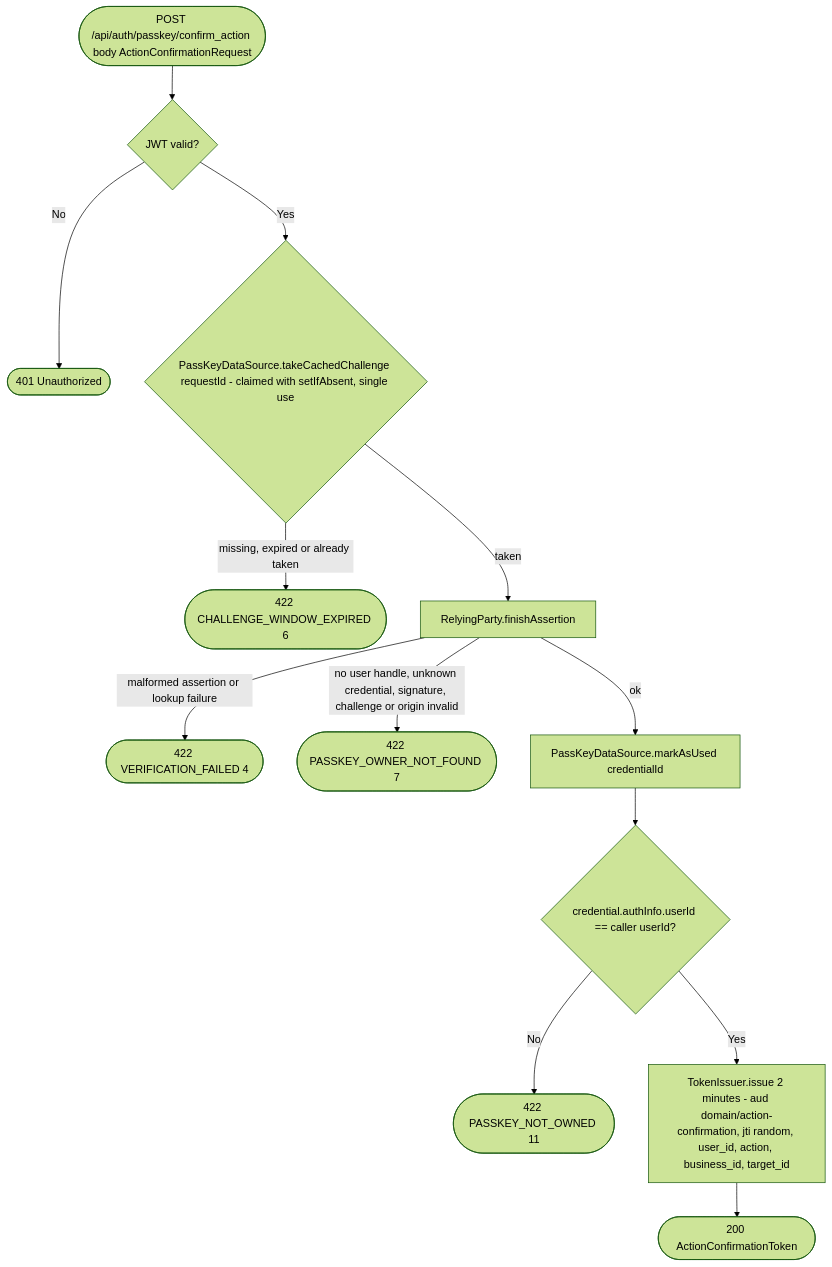
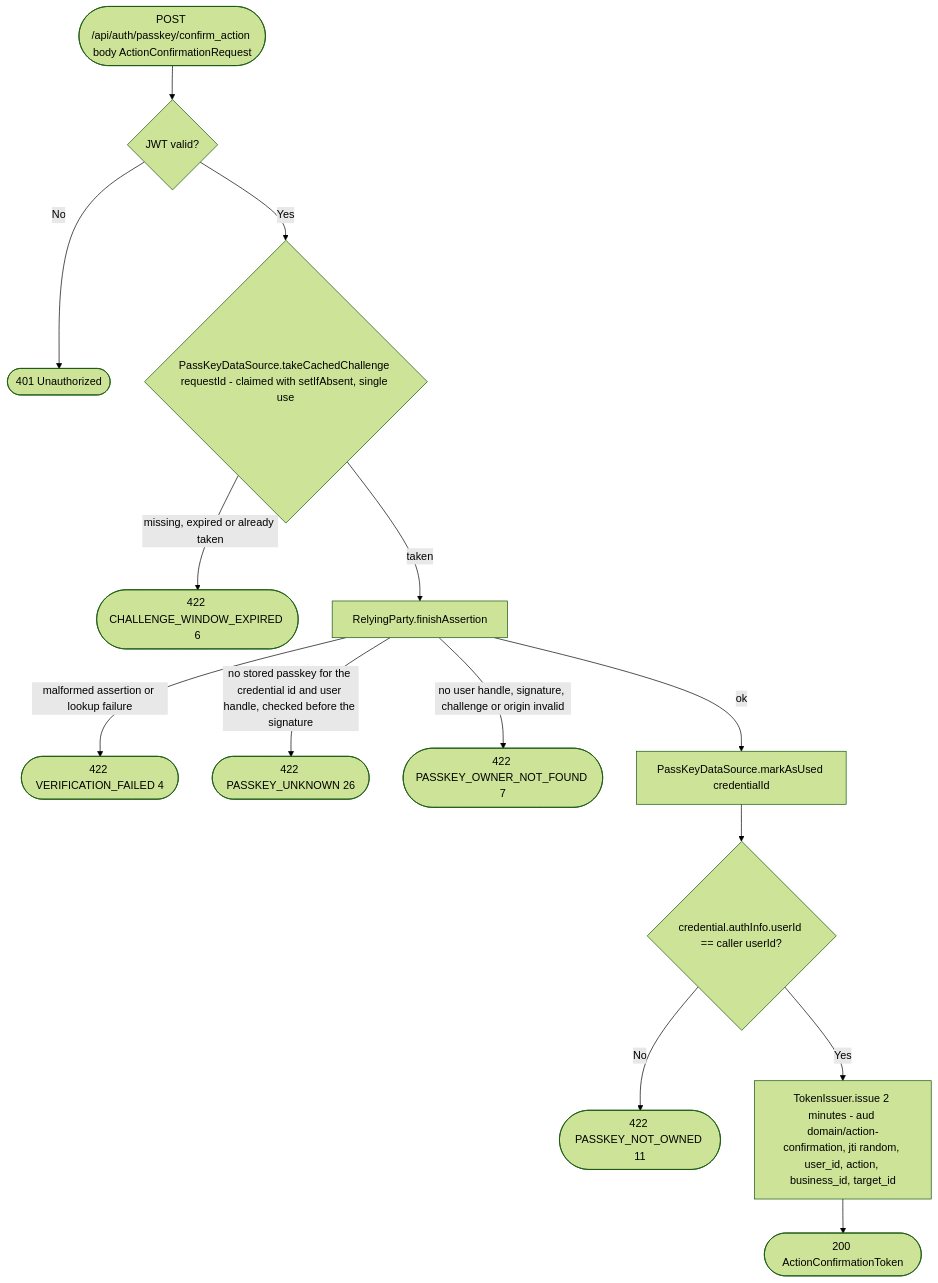
One commit to nocturneproperties/bookkme changed the diagram in docs/operations/authorization/action-confirmation.md. Above: the diagram before and after it, drawn with Mermaid (forest theme). The commit also changed 11 other files, not shown here.

````diff
--- a/docs/operations/authorization/action-confirmation.md
+++ b/docs/operations/authorization/action-confirmation.md
@@ -41,15 +41,16 @@
 ```mermaid
 flowchart TD
     Start([POST /api/auth/passkey/confirm_action body ActionConfirmationRequest]) --> Auth{JWT valid?}
     Auth -- No --> R401([401 Unauthorized])
     Auth -- Yes --> Challenge{"PassKeyDataSource.takeCachedChallenge requestId - claimed with setIfAbsent, single use"}
     Challenge -- missing, expired or already taken --> R422a([422 CHALLENGE_WINDOW_EXPIRED 6])
     Challenge -- taken --> Verify["RelyingParty.finishAssertion"]
     Verify -- malformed assertion or lookup failure --> R422b([422 VERIFICATION_FAILED 4])
-    Verify -- no user handle, unknown credential, signature, challenge or origin invalid --> R422c([422 PASSKEY_OWNER_NOT_FOUND 7])
+    Verify -- no stored passkey for the credential id and user handle, checked before the signature --> R422cu([422 PASSKEY_UNKNOWN 26])
+    Verify -- no user handle, signature, challenge or origin invalid --> R422c([422 PASSKEY_OWNER_NOT_FOUND 7])
     Verify -- ok --> MarkUsed[PassKeyDataSource.markAsUsed credentialId]
     MarkUsed --> Owner{"credential.authInfo.userId == caller userId?"}
     Owner -- No --> R422d([422 PASSKEY_NOT_OWNED 11])
     Owner -- Yes --> Issue["TokenIssuer.issue 2 minutes - aud domain/action-confirmation, jti random, user_id, action, business_id, target_id"]
     Issue --> R200([200 ActionConfirmationToken])
 ```
````
